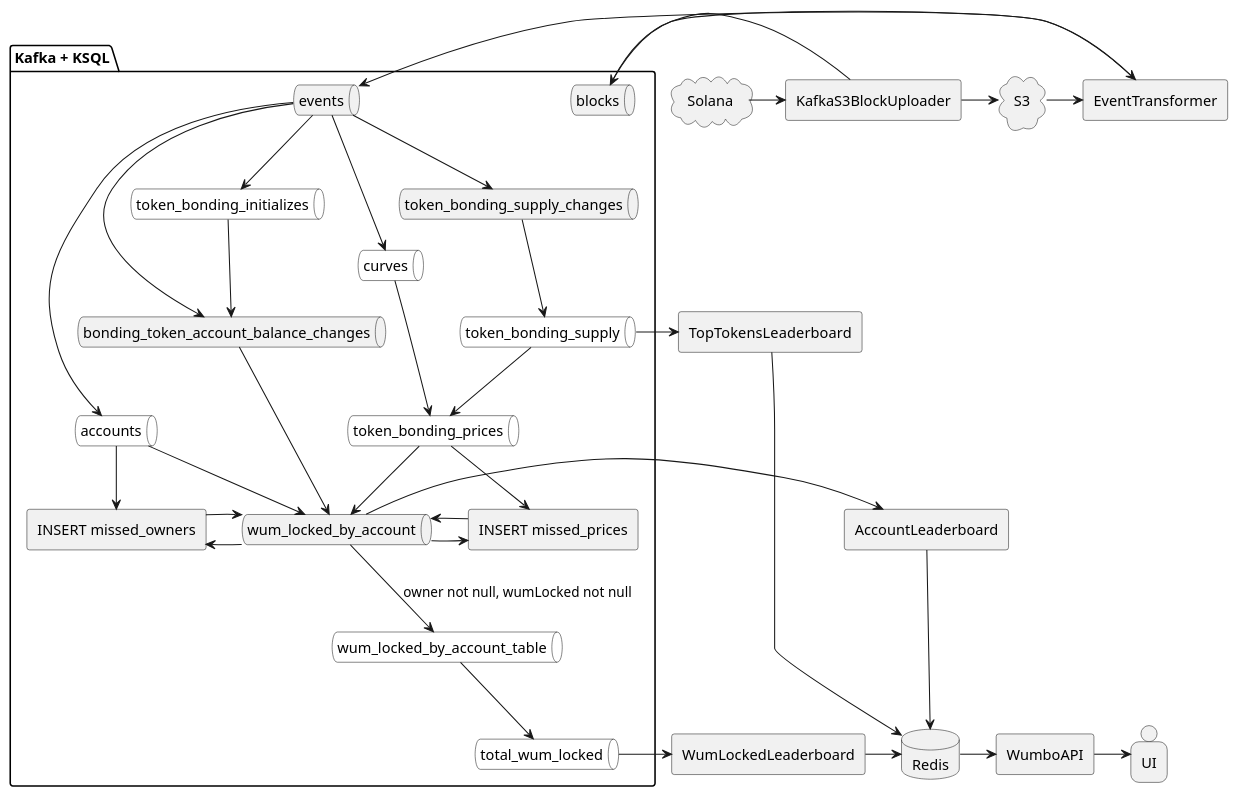
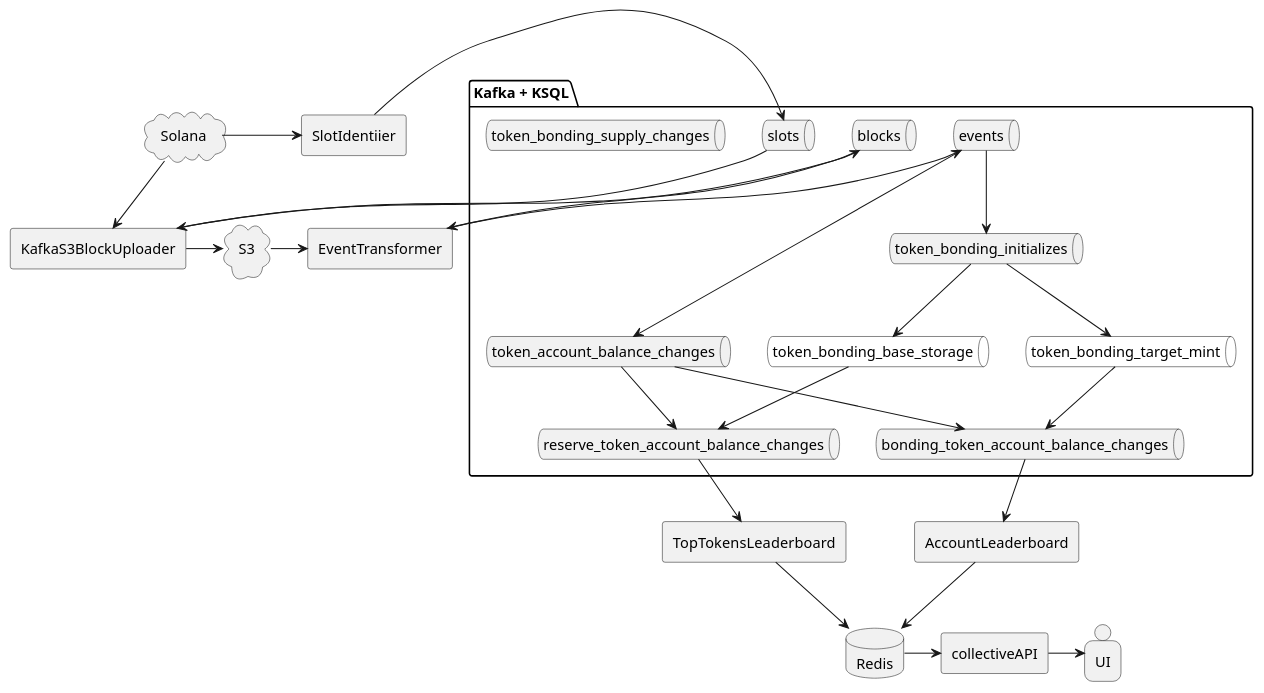
The diagram in architecture.puml (StrataFoundation/strata-data-pipelines), drawn with PlantUML before and after one commit. The commit also changed 12 other files, not shown here.

```diff
--- a/architecture.puml
+++ b/architecture.puml
@@ -1,87 +1,60 @@
 @startuml architecture
 
 package "Kafka + KSQL" as k {
-  queue accounts #fff
   queue blocks
+  queue slots
+  queue token_account_balance_changes
   queue bonding_token_account_balance_changes
-  queue token_bonding_initializes #fff
-  queue curves #fff
+  queue reserve_token_account_balance_changes
+  queue token_bonding_initializes
+  queue token_bonding_base_storage #fff
+  queue token_bonding_target_mint #fff
   queue events
-  queue token_bonding_prices #fff
-  queue token_bonding_supply #fff
   queue token_bonding_supply_changes
-  queue total_wum_locked #fff
-  queue wum_locked_by_account
-  queue wum_locked_by_account_table #fff
 
     
   events --> token_bonding_initializes
 
-  events --> bonding_token_account_balance_changes
-  token_bonding_initializes --> bonding_token_account_balance_changes
-
-  events --> token_bonding_supply_changes
-
-  token_bonding_supply_changes --> token_bonding_supply
-
-  events --> curves
-
-  events --> accounts
-
-  token_bonding_supply --> token_bonding_prices
-  curves --> token_bonding_prices
-
-  bonding_token_account_balance_changes --> wum_locked_by_account
-  token_bonding_prices --> wum_locked_by_account
-  accounts --> wum_locked_by_account
-
-  agent "INSERT missed_owners" as missed_owners
-  agent "INSERT missed_prices" as missed_prices
-
-  token_bonding_prices -> missed_prices
-  accounts -> missed_owners
-  wum_locked_by_account -> missed_owners
-  wum_locked_by_account -> missed_prices
-
-  missed_owners -> wum_locked_by_account
-  missed_prices -> wum_locked_by_account
-
-  wum_locked_by_account_table --> total_wum_locked
-
-  wum_locked_by_account --> wum_locked_by_account_table : owner not null, wumLocked not null
+  events --> token_account_balance_changes
+  token_bonding_initializes --> token_bonding_target_mint
+  token_bonding_target_mint --> bonding_token_account_balance_changes
+  token_bonding_initializes --> token_bonding_base_storage
+  token_account_balance_changes --> bonding_token_account_balance_changes
+  token_account_balance_changes --> reserve_token_account_balance_changes
+  token_bonding_base_storage --> reserve_token_account_balance_changes
 }
 
 agent KafkaS3BlockUploader
 agent AccountLeaderboard
-agent WumLockedLeaderboard
 agent TopTokensLeaderboard
-agent WumboAPI
+agent collectiveAPI
+agent SlotIdentiier
 
 cloud Solana
 cloud S3
 database Redis
 person UI
 
-Solana -> KafkaS3BlockUploader
+Solana -> SlotIdentiier
+SlotIdentiier -> slots
+Solana --> KafkaS3BlockUploader
+slots --> KafkaS3BlockUploader
 KafkaS3BlockUploader -> blocks
 KafkaS3BlockUploader -> S3
 
 agent EventTransformer
 
 S3 -> EventTransformer
 blocks --> EventTransformer
 EventTransformer -> events
 
-total_wum_locked -> WumLockedLeaderboard
-WumLockedLeaderboard -> Redis
+TopTokensLeaderboard --> Redis
 
-token_bonding_supply -> TopTokensLeaderboard
-TopTokensLeaderboard -> Redis
+bonding_token_account_balance_changes --> AccountLeaderboard
+reserve_token_account_balance_changes --> TopTokensLeaderboard
+AccountLeaderboard --> Redis
 
-wum_locked_by_account -> AccountLeaderboard
-AccountLeaderboard -> Redis
+Redis -> collectiveAPI
 
-Redis -> WumboAPI
-
-WumboAPI -> UI
+collectiveAPI -> UI
 @enduml
```
